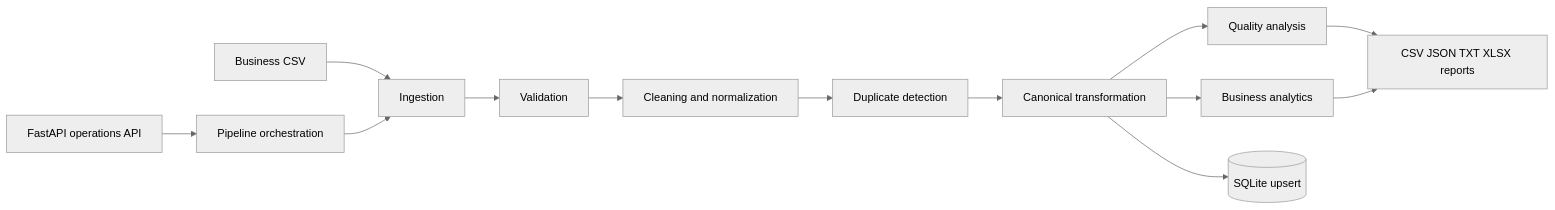
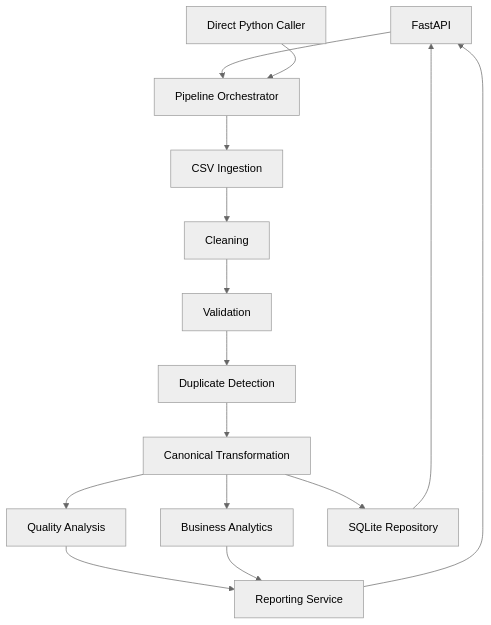
Before and after one commit to Hammad-Borz/Automation-Service-Projects: the diagram in DataFlow-Pro/README.md, drawn with Mermaid (neutral theme). The commit also changed other lines of this file, not shown here.

````diff
--- a/DataFlow-Pro/README.md
+++ b/DataFlow-Pro/README.md
@@ -40,15 +113,21 @@
-```mermaid
-flowchart LR
-    Input[Business CSV] --> Ingest[Ingestion]
-    Ingest --> Validate[Validation]
-    Validate --> Clean[Cleaning and normalization]
-    Clean --> Dedupe[Duplicate detection]
-    Dedupe --> Transform[Canonical transformation]
-    Transform --> Quality[Quality analysis]
-    Transform --> Analytics[Business analytics]
-    Transform --> SQLite[(SQLite upsert)]
-    Quality --> Reports[CSV JSON TXT XLSX reports]
+~~~mermaid
+flowchart TD
+    API[FastAPI] --> Pipeline[Pipeline Orchestrator]
+    CLI[Direct Python Caller] --> Pipeline
+
+    Pipeline --> Ingestion[CSV Ingestion]
+    Ingestion --> Cleaning[Cleaning]
+    Cleaning --> Validation[Validation]
+    Validation --> Duplicate[Duplicate Detection]
+    Duplicate --> Transform[Canonical Transformation]
+
+    Transform --> Quality[Quality Analysis]
+    Transform --> Analytics[Business Analytics]
+    Transform --> Repository[SQLite Repository]
+
+    Quality --> Reports[Reporting Service]
     Analytics --> Reports
-    API[FastAPI operations API] --> Pipeline[Pipeline orchestration]
-    Pipeline --> Ingest
-```
+
+    Repository --> API
+    Reports --> API
+~~~
````
